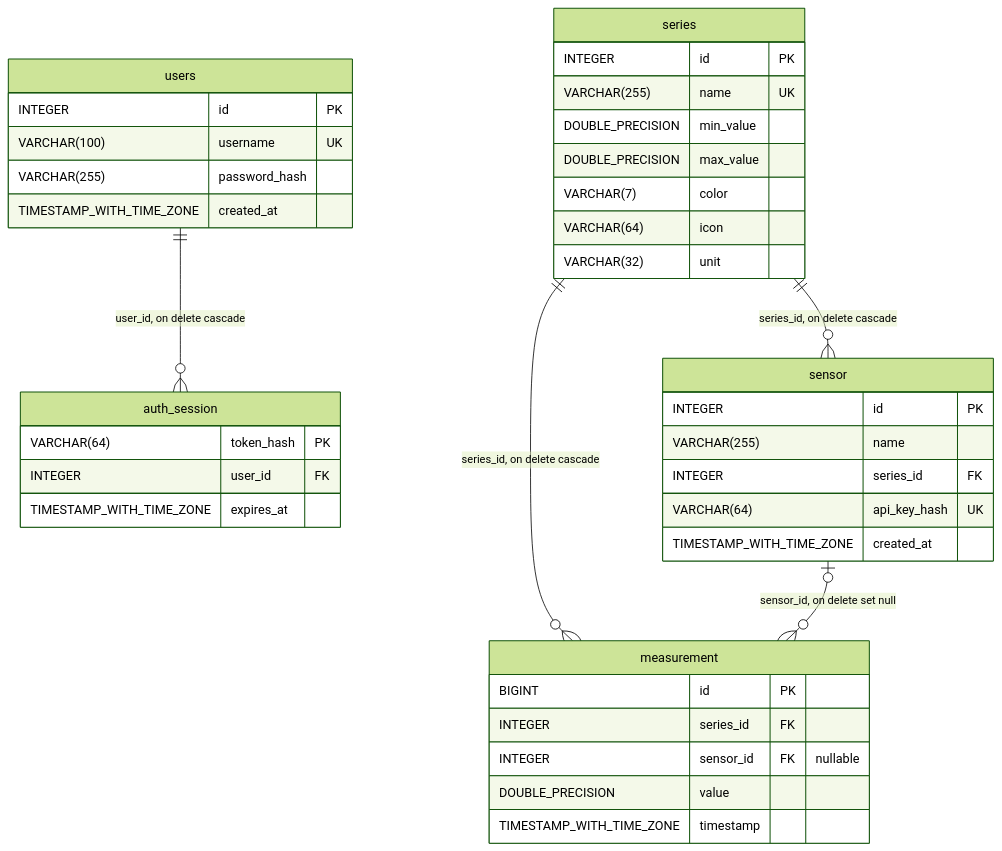
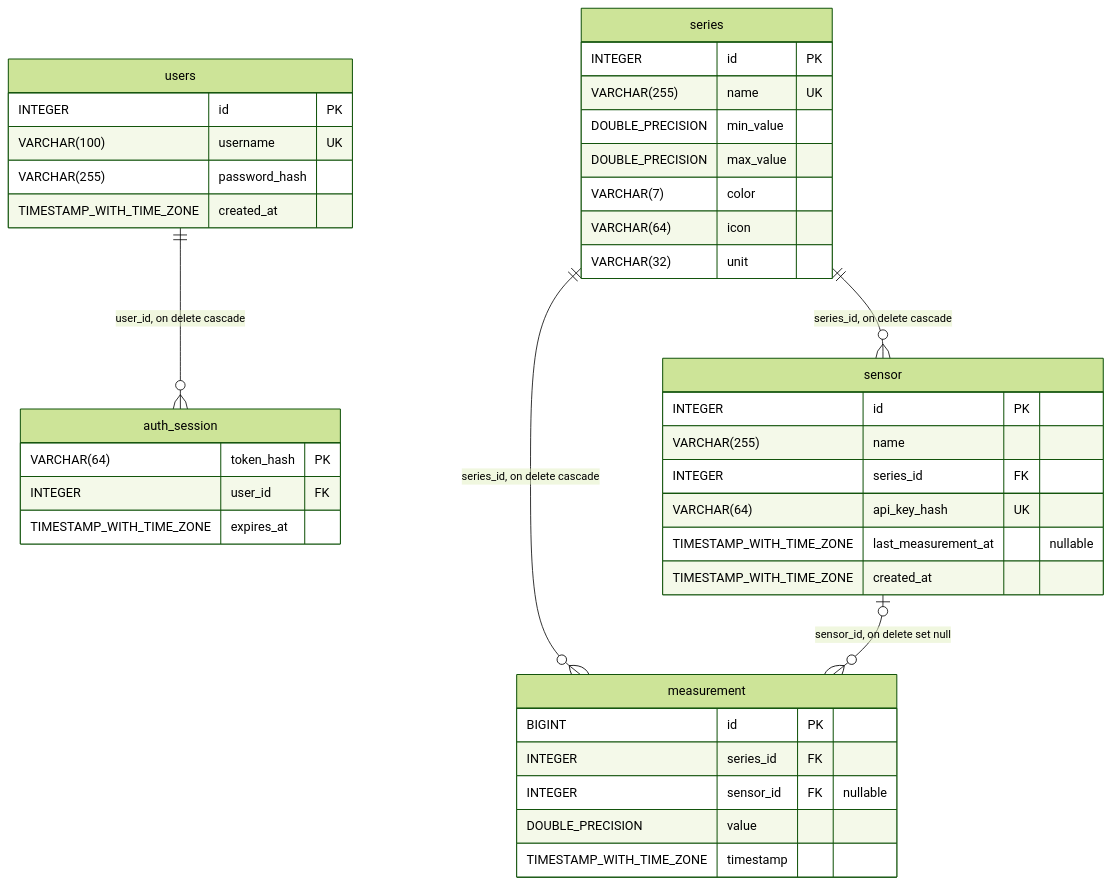
Before and after one commit to BartoszSambor/solar-sensors: the diagram in docs/database.mmd, drawn with Mermaid (forest theme). The commit also changed 17 other files, not shown here.

Commit message:
feat: add sensors last measurement and created time, change api endpoint to /api prefix

```diff
--- a/docs/database.mmd
+++ b/docs/database.mmd
@@ -1,40 +1,41 @@
 erDiagram
     %% Generated by backend/scripts/er_diagram.py - do not edit by hand.
     users ||--o{ auth_session : "user_id, on delete cascade"
     series ||--o{ measurement : "series_id, on delete cascade"
     sensor |o--o{ measurement : "sensor_id, on delete set null"
     series ||--o{ sensor : "series_id, on delete cascade"
     auth_session {
         VARCHAR(64) token_hash PK
         INTEGER user_id FK
         TIMESTAMP_WITH_TIME_ZONE expires_at
     }
     measurement {
         BIGINT id PK
         INTEGER series_id FK
         INTEGER sensor_id FK "nullable"
         DOUBLE_PRECISION value
         TIMESTAMP_WITH_TIME_ZONE timestamp
     }
     sensor {
         INTEGER id PK
         VARCHAR(255) name
         INTEGER series_id FK
         VARCHAR(64) api_key_hash UK
+        TIMESTAMP_WITH_TIME_ZONE last_measurement_at "nullable"
         TIMESTAMP_WITH_TIME_ZONE created_at
     }
     series {
         INTEGER id PK
         VARCHAR(255) name UK
         DOUBLE_PRECISION min_value
         DOUBLE_PRECISION max_value
         VARCHAR(7) color
         VARCHAR(64) icon
         VARCHAR(32) unit
     }
     users {
         INTEGER id PK
         VARCHAR(100) username UK
         VARCHAR(255) password_hash
         TIMESTAMP_WITH_TIME_ZONE created_at
     }
```
